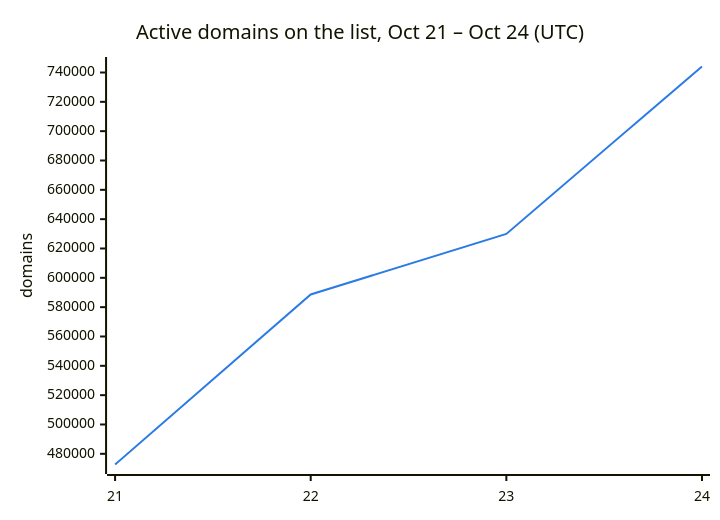
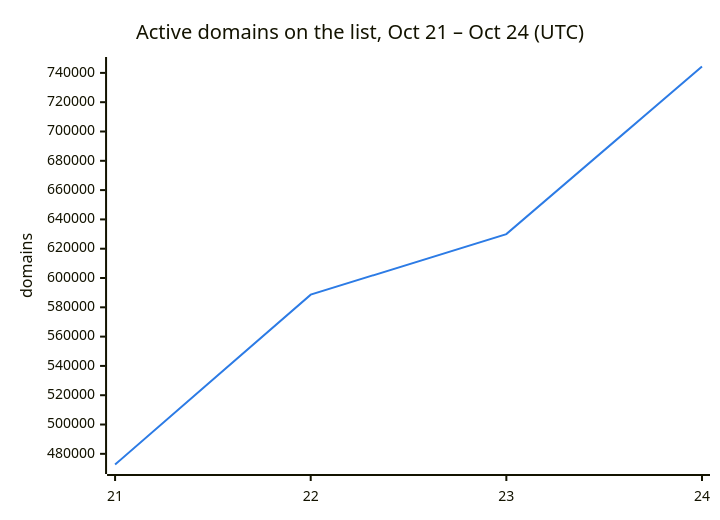
One commit to DNSBunker/CTI changed the second of 3 diagrams in README.md. Above: the diagram before and after it, drawn with Mermaid. The commit also changed other lines of this file and 3 other files, not shown here.

````diff
--- a/README.md
+++ b/README.md
@@ -38,8 +38,8 @@
 ```mermaid
 %%{init: {"themeVariables": {"xyChart": {"plotColorPalette": "#2c7be5"}}}}%%
 xychart-beta
     title "Active domains on the list, Oct 21 – Oct 24 (UTC)"
     x-axis ["21", "22", "23", "24"]
     y-axis "domains"
-    line [472713, 588659, 629951, 744095]
+    line [472713, 588659, 629951, 744364]
 ```
````
